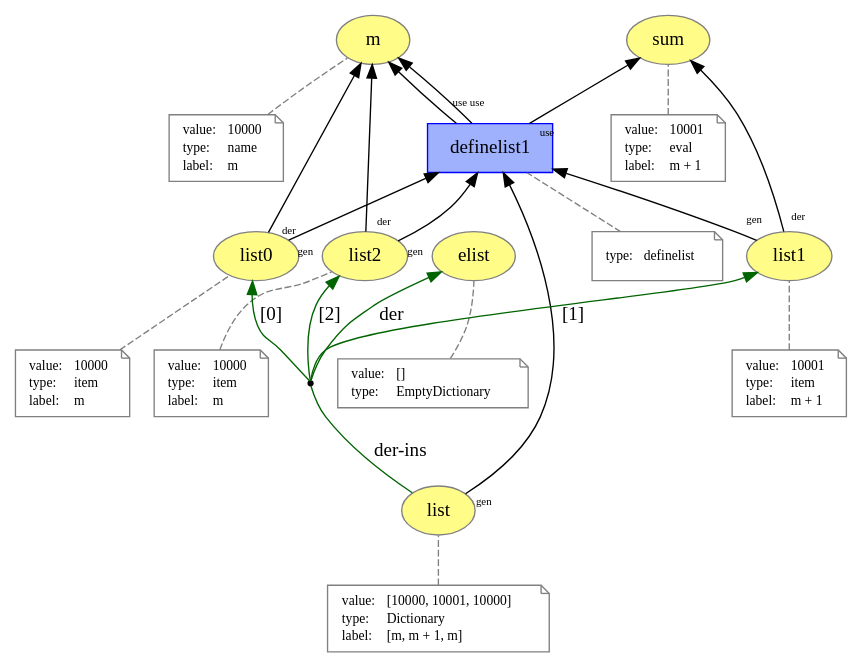
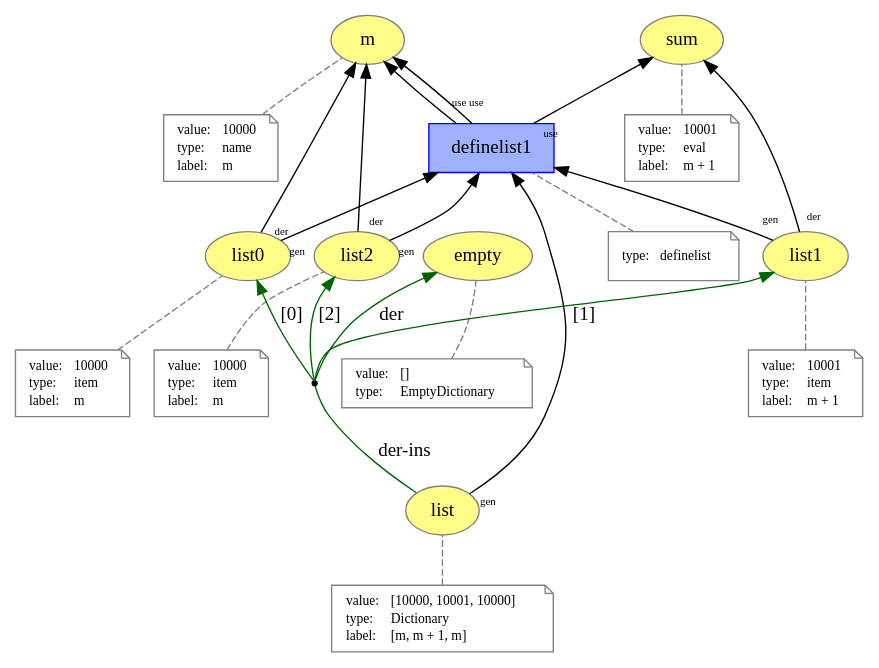
Before and after one commit to dew-uff/versioned-prov: the diagram in images/prov_dictionary/list.dot, drawn with Graphviz. The commit also changed 31 other files, not shown here.

```diff
--- a/images/prov_dictionary/list.dot
+++ b/images/prov_dictionary/list.dot
@@ -1,134 +1,134 @@
 digraph "PROV" { size="16,12"; rankdir="BT";
 "http://example.org/m" [fillcolor="#FFFC87",color="#808080",style="filled",label="m",URL="http://example.org/m"]
 "-attrs0" [color="gray",shape="note",fontsize="10",fontcolor="black",label=<<TABLE cellpadding="0" border="0">
 	<TR>
 	    <TD align="left">value:</TD>
 	    <TD align="left">10000</TD>
 	</TR>
 	<TR>
 	    <TD align="left">type:</TD>
 	    <TD align="left">name</TD>
 	</TR>
 	<TR>
 	    <TD align="left">label:</TD>
 	    <TD align="left">m</TD>
 	</TR>
 </TABLE>>]
 "-attrs0" -> "http://example.org/m" [color="gray",style="dashed",arrowhead="none"]
 "http://example.org/sum" [fillcolor="#FFFC87",color="#808080",style="filled",label="sum",URL="http://example.org/sum"]
 "-attrs1" [color="gray",shape="note",fontsize="10",fontcolor="black",label=<<TABLE cellpadding="0" border="0">
 	<TR>
 	    <TD align="left">value:</TD>
 	    <TD align="left">10001</TD>
 	</TR>
 	<TR>
 	    <TD align="left">type:</TD>
 	    <TD align="left">eval</TD>
 	</TR>
 	<TR>
 	    <TD align="left">label:</TD>
 	    <TD align="left">m + 1</TD>
 	</TR>
 </TABLE>>]
 "-attrs1" -> "http://example.org/sum" [color="gray",style="dashed",arrowhead="none"]
-"http://example.org/elist" [fillcolor="#FFFC87",color="#808080",style="filled",label="elist",URL="http://example.org/elist"]
+"http://example.org/empty" [fillcolor="#FFFC87",color="#808080",style="filled",label="empty",URL="http://example.org/empty"]
 "-attrs2" [color="gray",shape="note",fontsize="10",fontcolor="black",label=<<TABLE cellpadding="0" border="0">
 	<TR>
 	    <TD align="left">value:</TD>
 	    <TD align="left">[]</TD>
 	</TR>
 	<TR>
 	    <TD align="left">type:</TD>
 	    <TD align="left">EmptyDictionary</TD>
 	</TR>
 </TABLE>>]
-"-attrs2" -> "http://example.org/elist" [color="gray",style="dashed",arrowhead="none"]
+"-attrs2" -> "http://example.org/empty" [color="gray",style="dashed",arrowhead="none"]
 "http://example.org/list" [fillcolor="#FFFC87",color="#808080",style="filled",label="list",URL="http://example.org/list"]
 "-attrs3" [color="gray",shape="note",fontsize="10",fontcolor="black",label=<<TABLE cellpadding="0" border="0">
 	<TR>
 	    <TD align="left">value:</TD>
 	    <TD align="left">[10000, 10001, 10000]</TD>
 	</TR>
 	<TR>
 	    <TD align="left">type:</TD>
 	    <TD align="left">Dictionary</TD>
 	</TR>
 	<TR>
 	    <TD align="left">label:</TD>
 	    <TD align="left">[m, m + 1, m]</TD>
 	</TR>
 </TABLE>>]
 "-attrs3" -> "http://example.org/list" [color="gray",style="dashed",arrowhead="none"]
 "http://example.org/list0" [fillcolor="#FFFC87",color="#808080",style="filled",label="list0",URL="http://example.org/list0"]
 "-attrs4" [color="gray",shape="note",fontsize="10",fontcolor="black",label=<<TABLE cellpadding="0" border="0">
 	<TR>
 	    <TD align="left">value:</TD>
 	    <TD align="left">10000</TD>
 	</TR>
 	<TR>
 	    <TD align="left">type:</TD>
 	    <TD align="left">item</TD>
 	</TR>
 	<TR>
 	    <TD align="left">label:</TD>
 	    <TD align="left">m</TD>
 	</TR>
 </TABLE>>]
 "-attrs4" -> "http://example.org/list0" [color="gray",style="dashed",arrowhead="none"]
 "http://example.org/list1" [fillcolor="#FFFC87",color="#808080",style="filled",label="list1",URL="http://example.org/list1"]
 "-attrs5" [color="gray",shape="note",fontsize="10",fontcolor="black",label=<<TABLE cellpadding="0" border="0">
 	<TR>
 	    <TD align="left">value:</TD>
 	    <TD align="left">10001</TD>
 	</TR>
 	<TR>
 	    <TD align="left">type:</TD>
 	    <TD align="left">item</TD>
 	</TR>
 	<TR>
 	    <TD align="left">label:</TD>
 	    <TD align="left">m + 1</TD>
 	</TR>
 </TABLE>>]
 "-attrs5" -> "http://example.org/list1" [color="gray",style="dashed",arrowhead="none"]
 "http://example.org/list2" [fillcolor="#FFFC87",color="#808080",style="filled",label="list2",URL="http://example.org/list2"]
 "-attrs6" [color="gray",shape="note",fontsize="10",fontcolor="black",label=<<TABLE cellpadding="0" border="0">
 	<TR>
 	    <TD align="left">value:</TD>
 	    <TD align="left">10000</TD>
 	</TR>
 	<TR>
 	    <TD align="left">type:</TD>
 	    <TD align="left">item</TD>
 	</TR>
 	<TR>
 	    <TD align="left">label:</TD>
 	    <TD align="left">m</TD>
 	</TR>
 </TABLE>>]
 "-attrs6" -> "http://example.org/list2" [color="gray",style="dashed",arrowhead="none"]
 "bn0" [shape="point",label=""]
 "http://example.org/list" -> "bn0" [labelfontsize="8",labeldistance="1.5",color="darkgreen",labelangle="60.0",rotation="20",label="der-ins",arrowhead="none"]
-"bn0" -> "http://example.org/elist" [labelfontsize="8",labeldistance="1.5",color="darkgreen",labelangle="60.0",rotation="20",label="der"]
+"bn0" -> "http://example.org/empty" [labelfontsize="8",labeldistance="1.5",color="darkgreen",labelangle="60.0",rotation="20",label="der"]
 "bn0" -> "http://example.org/list0" [labelfontsize="8",labeldistance="1.5",color="darkgreen",labelangle="60.0",rotation="20",label="[0]"]
 "bn0" -> "http://example.org/list1" [labelfontsize="8",labeldistance="1.5",color="darkgreen",labelangle="60.0",rotation="20",label="[1]"]
 "bn0" -> "http://example.org/list2" [labelfontsize="8",labeldistance="1.5",color="darkgreen",labelangle="60.0",rotation="20",label="[2]"]
 "http://example.org/definelist1" [fillcolor="#9FB1FC",color="#0000FF",shape="polygon",sides="4",style="filled",label="definelist1",URL="http://example.org/definelist1"]
 "-attrs7" [color="gray",shape="note",fontsize="10",fontcolor="black",label=<<TABLE cellpadding="0" border="0">
 	<TR>
 	    <TD align="left">type:</TD>
 	    <TD align="left">definelist</TD>
 	</TR>
 </TABLE>>]
 "-attrs7" -> "http://example.org/definelist1" [color="gray",style="dashed",arrowhead="none"]
 "http://example.org/definelist1" -> "http://example.org/m" [labelfontsize="8",labeldistance="1.5",labelangle="60.0",rotation="20",taillabel="use"]
 "http://example.org/list0" -> "http://example.org/definelist1" [labelfontsize="8",labeldistance="1.5",labelangle="60.0",rotation="20",taillabel="gen"]
 "http://example.org/list0" -> "http://example.org/m" [labelfontsize="8",labeldistance="1.5",labelangle="60.0",rotation="20",taillabel="der"]
 "http://example.org/definelist1" -> "http://example.org/sum" [labelfontsize="8",labeldistance="1.5",labelangle="60.0",rotation="20",taillabel="use"]
 "http://example.org/list1" -> "http://example.org/definelist1" [labelfontsize="8",labeldistance="1.5",labelangle="60.0",rotation="20",taillabel="gen"]
 "http://example.org/list1" -> "http://example.org/sum" [labelfontsize="8",labeldistance="1.5",labelangle="60.0",rotation="20",taillabel="der"]
 "http://example.org/definelist1" -> "http://example.org/m" [labelfontsize="8",labeldistance="1.5",labelangle="60.0",rotation="20",taillabel="use"]
 "http://example.org/list2" -> "http://example.org/definelist1" [labelfontsize="8",labeldistance="1.5",labelangle="60.0",rotation="20",taillabel="gen"]
 "http://example.org/list2" -> "http://example.org/m" [labelfontsize="8",labeldistance="1.5",labelangle="60.0",rotation="20",taillabel="der"]
 "http://example.org/list" -> "http://example.org/definelist1" [labelfontsize="8",labeldistance="1.5",labelangle="60.0",rotation="20",taillabel="gen"]
 }
```
